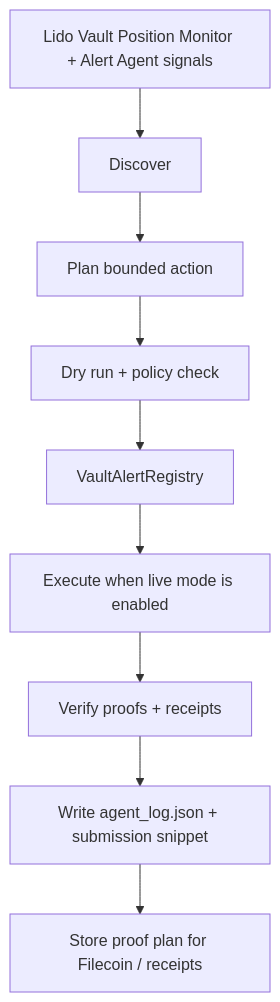
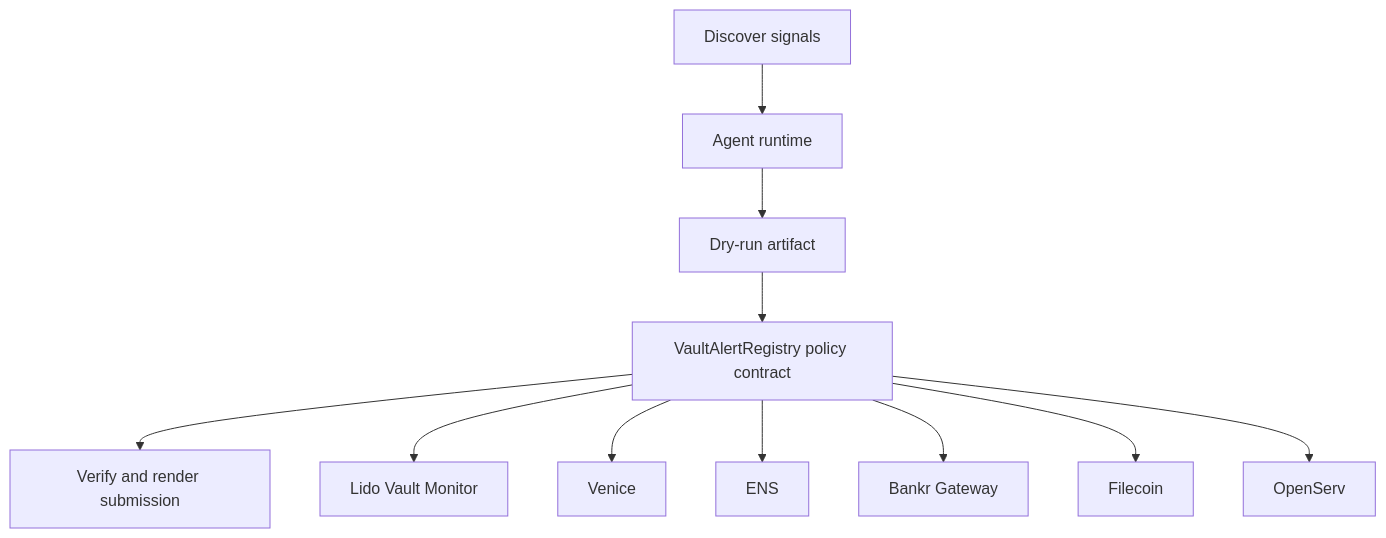
The diagram in README.md (CrystallineButterfly/Synthesis-Lido-VaultMonitor), drawn with Mermaid before and after one commit. The commit also changed other lines of this file and 998 other files, not shown here.

Commit message:
Implement bounded agent runtime

````diff
--- a/README.md
+++ b/README.md
@@ -29,11 +26,15 @@
-        ```mermaid
-        flowchart TD
-    Signals[Lido Vault Position Monitor + Alert Agent signals] --> Discover[Discover]
-    Discover --> Plan[Plan bounded action]
-    Plan --> DryRun[Dry run + policy check]
-    DryRun --> Guard[VaultAlertRegistry]
-    Guard --> Execute[Execute when live mode is enabled]
-    Execute --> Verify[Verify proofs + receipts]
-    Verify --> Persist[Write agent_log.json + submission snippet]
-    Persist --> Storage[Store proof plan for Filecoin / receipts]
-        ```
+```mermaid
+flowchart TD
+    Signals[Discover signals]
+    Planner[Agent runtime]
+    DryRun[Dry-run artifact]
+    Contract[VaultAlertRegistry policy contract]
+    Verify[Verify and render submission]
+    Signals --> Planner --> DryRun --> Contract --> Verify
+    Contract --> lido_vault_monitor[Lido Vault Monitor]
+    Contract --> venice[Venice]
+    Contract --> ens[ENS]
+    Contract --> bankr_gateway[Bankr Gateway]
+    Contract --> filecoin[Filecoin]
+    Contract --> openserv[OpenServ]
+```
````
